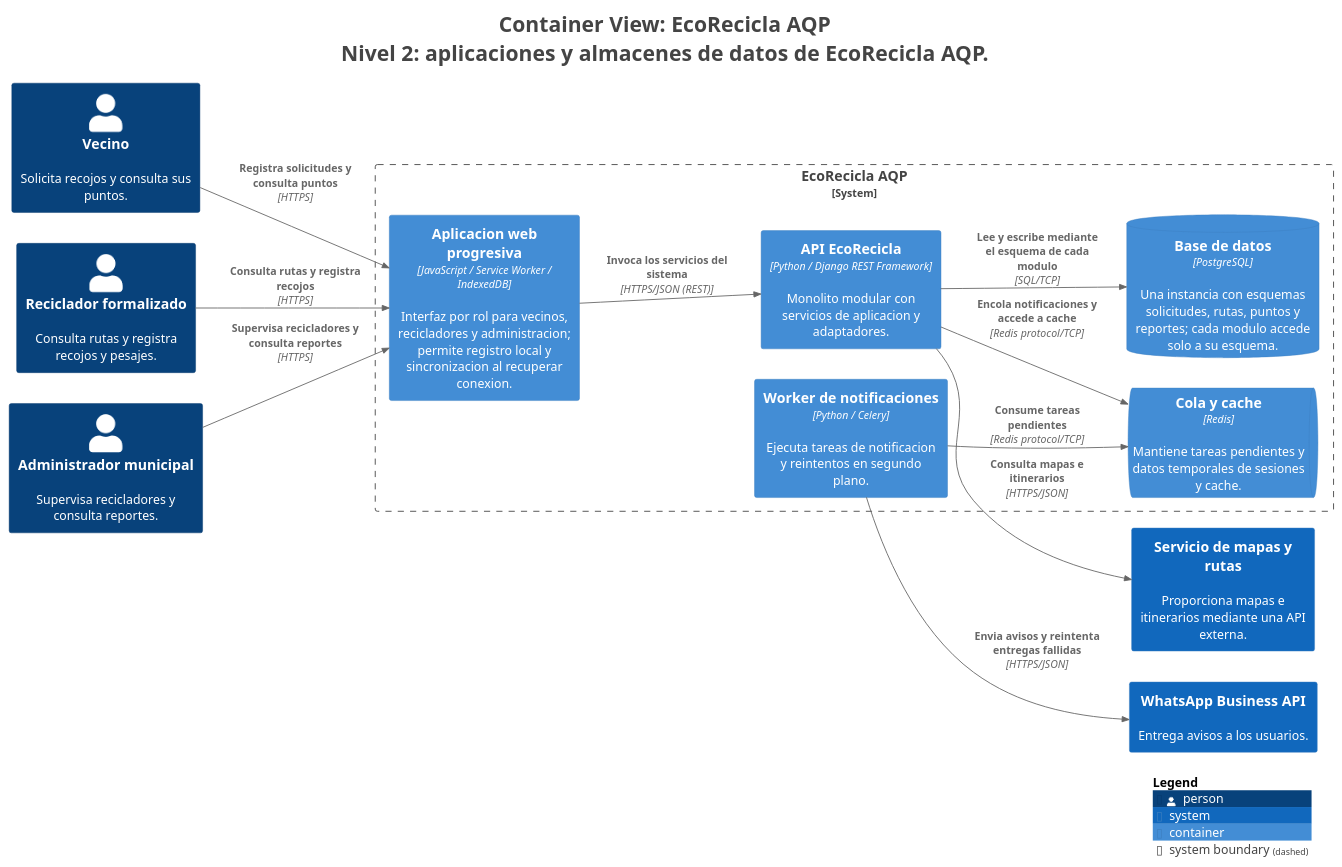
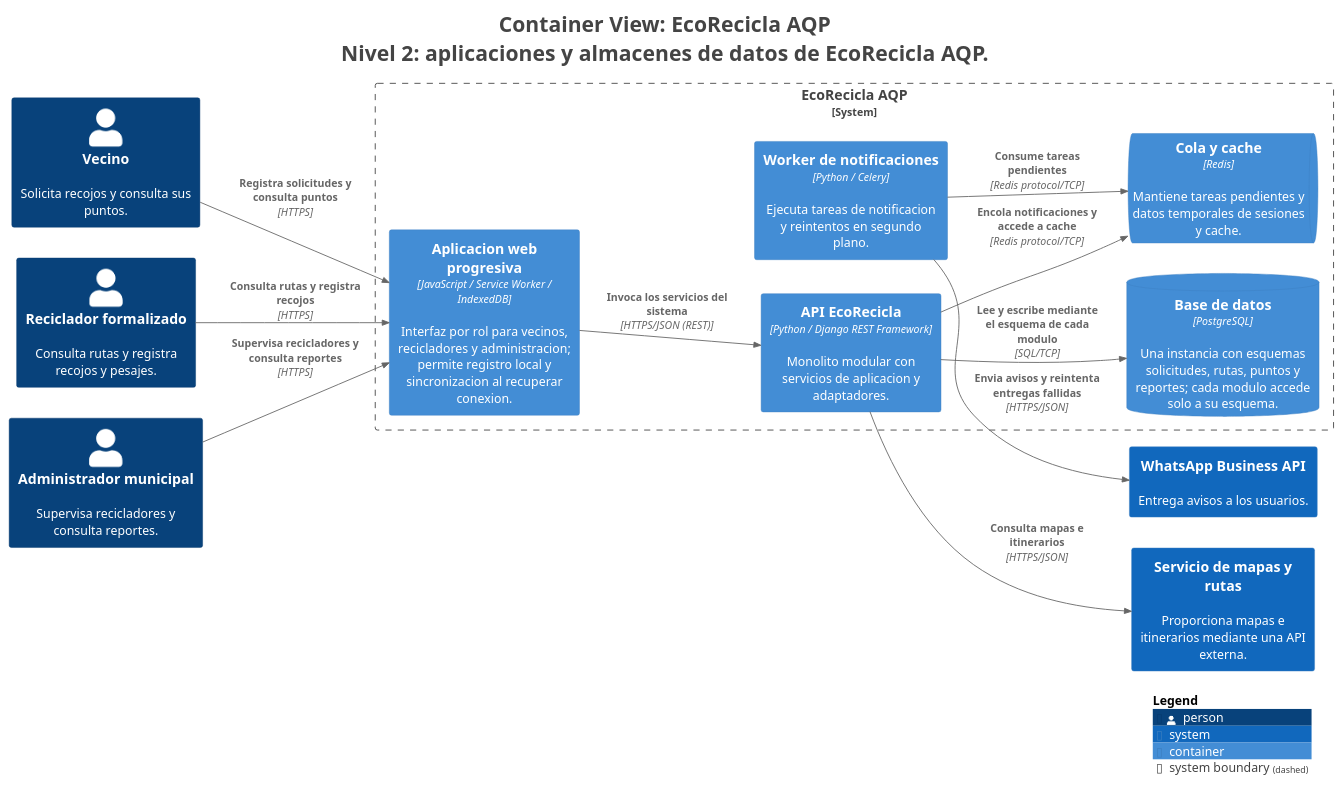
The diagram in docs/architecture/c4/export/structurizr-Contenedores.puml (FabianaRojasCondori/cs-2026b-lab04--grupoB-10), drawn with PlantUML before and after one commit. The commit also changed other lines of this file and 5 other files, not shown here.

```diff
--- a/docs/architecture/c4/export/structurizr-Contenedores.puml
+++ b/docs/architecture/c4/export/structurizr-Contenedores.puml
@@ -1,44 +1,44 @@
 @startuml
 title <size:24>Container View: EcoRecicla AQP</size>\n<size:24>Nivel 2: aplicaciones y almacenes de datos de EcoRecicla AQP.</size>
 
 set separator none
 left to right direction
 
 <style>
   root {
     BackgroundColor: #ffffff
     FontColor: #444444
   }
 </style>
 
 !include <C4/C4>
 !include <C4/C4_Context>
 !include <C4/C4_Container>
 
 Person(Vecino, "Vecino", $descr="Solicita recojos y consulta sus puntos.", $tags="", $link="")
 Person(Recicladorformalizado, "Reciclador formalizado", $descr="Consulta rutas y registra recojos y pesajes.", $tags="", $link="")
 Person(Administradormunicipal, "Administrador municipal", $descr="Supervisa recicladores y consulta reportes.", $tags="", $link="")
 System(Serviciodemapasyrutas, "Servicio de mapas y rutas", $descr="Proporciona mapas e itinerarios mediante una API externa.", $tags="", $link="")
 System(WhatsAppBusinessAPI, "WhatsApp Business API", $descr="Entrega avisos a los usuarios.", $tags="", $link="")
 
 System_Boundary("EcoReciclaAQP_boundary", "EcoRecicla AQP", $tags="") {
-  Container(EcoReciclaAQP.Aplicacionwebprogresiva, "Aplicacion web progresiva", $techn="JavaScript / Service Worker / IndexedDB", $descr="Interfaz por rol para vecinos, recicladores y administracion; permite registro local y sincronizacion al recuperar conexion.", $tags="", $link="")
-  Container(EcoReciclaAQP.APIEcoRecicla, "API EcoRecicla", $techn="Python / Django REST Framework", $descr="Monolito modular con servicios de aplicacion y adaptadores.", $tags="", $link="")
   ContainerDb(EcoReciclaAQP.Basededatos, "Base de datos", $techn="PostgreSQL", $descr="Una instancia con esquemas solicitudes, rutas, puntos y reportes; cada modulo accede solo a su esquema.", $tags="", $link="")
   Container(EcoReciclaAQP.Workerdenotificaciones, "Worker de notificaciones", $techn="Python / Celery", $descr="Ejecuta tareas de notificacion y reintentos en segundo plano.", $tags="", $link="")
   ContainerQueue(EcoReciclaAQP.Colaycache, "Cola y cache", $techn="Redis", $descr="Mantiene tareas pendientes y datos temporales de sesiones y cache.", $tags="", $link="")
+  Container(EcoReciclaAQP.Aplicacionwebprogresiva, "Aplicacion web progresiva", $techn="JavaScript / Service Worker / IndexedDB", $descr="Interfaz por rol para vecinos, recicladores y administracion; permite registro local y sincronizacion al recuperar conexion.", $tags="", $link="")
+  Container(EcoReciclaAQP.APIEcoRecicla, "API EcoRecicla", $techn="Python / Django REST Framework", $descr="Monolito modular con servicios de aplicacion y adaptadores.", $tags="", $link="")
 }
 
 Rel(Vecino, EcoReciclaAQP.Aplicacionwebprogresiva, "Registra solicitudes y consulta puntos", $techn="HTTPS", $tags="", $link="")
 Rel(Recicladorformalizado, EcoReciclaAQP.Aplicacionwebprogresiva, "Consulta rutas y registra recojos", $techn="HTTPS", $tags="", $link="")
 Rel(Administradormunicipal, EcoReciclaAQP.Aplicacionwebprogresiva, "Supervisa recicladores y consulta reportes", $techn="HTTPS", $tags="", $link="")
 Rel(EcoReciclaAQP.Aplicacionwebprogresiva, EcoReciclaAQP.APIEcoRecicla, "Invoca los servicios del sistema", $techn="HTTPS/JSON (REST)", $tags="", $link="")
 Rel(EcoReciclaAQP.APIEcoRecicla, EcoReciclaAQP.Basededatos, "Lee y escribe mediante el esquema de cada modulo", $techn="SQL/TCP", $tags="", $link="")
 Rel(EcoReciclaAQP.APIEcoRecicla, EcoReciclaAQP.Colaycache, "Encola notificaciones y accede a cache", $techn="Redis protocol/TCP", $tags="", $link="")
 Rel(EcoReciclaAQP.Workerdenotificaciones, EcoReciclaAQP.Colaycache, "Consume tareas pendientes", $techn="Redis protocol/TCP", $tags="", $link="")
 Rel(EcoReciclaAQP.Workerdenotificaciones, WhatsAppBusinessAPI, "Envia avisos y reintenta entregas fallidas", $techn="HTTPS/JSON", $tags="", $link="")
 Rel(EcoReciclaAQP.APIEcoRecicla, Serviciodemapasyrutas, "Consulta mapas e itinerarios", $techn="HTTPS/JSON", $tags="", $link="")
 
 SHOW_LEGEND(true)
 hide stereotypes
 @enduml
```
